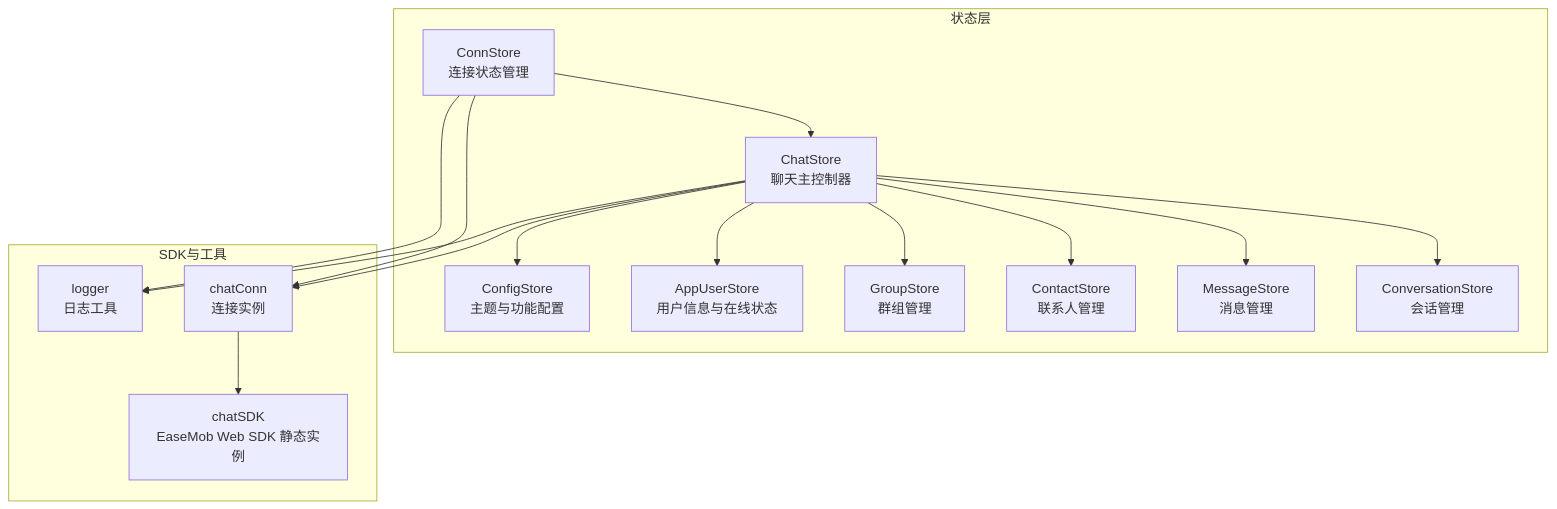
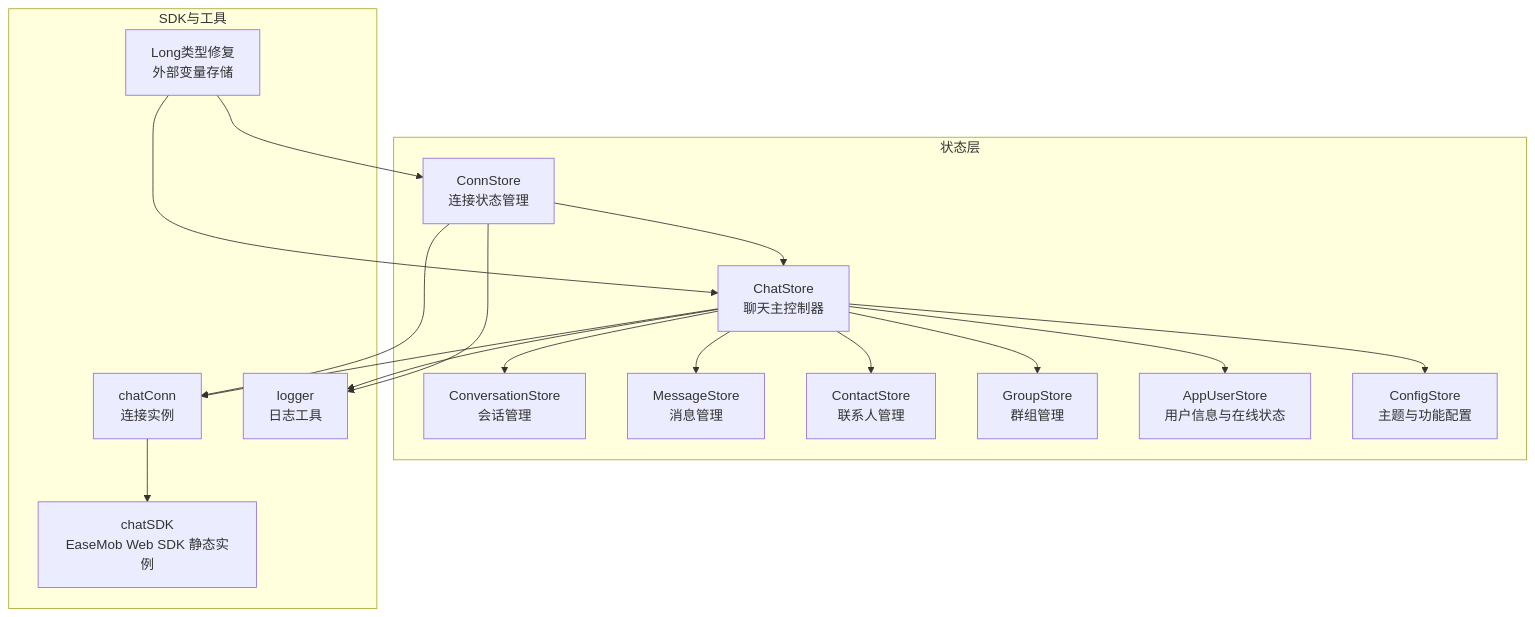
The first of 8 diagrams in .qoder/repowiki/zh/content/核心架构/Store状态管理系统架构/连接状态管理.md (Easemob-Community/easemob-uikit-uniapp-community), drawn with Mermaid before and after one commit. The commit also changed other lines of this file and 10 other files, not shown here.

````diff
--- a/.qoder/repowiki/zh/content/核心架构/Store状态管理系统架构/连接状态管理.md
+++ b/.qoder/repowiki/zh/content/核心架构/Store状态管理系统架构/连接状态管理.md
@@ -49,30 +50,33 @@
 ```mermaid
 graph TB
 subgraph "状态层"
 ConnStore["ConnStore<br/>连接状态管理"]
 ChatStore["ChatStore<br/>聊天主控制器"]
 ConvStore["ConversationStore<br/>会话管理"]
 MsgStore["MessageStore<br/>消息管理"]
 ContactStore["ContactStore<br/>联系人管理"]
 GroupStore["GroupStore<br/>群组管理"]
 AppUserStore["AppUserStore<br/>用户信息与在线状态"]
 ConfigStore["ConfigStore<br/>主题与功能配置"]
 end
 subgraph "SDK与工具"
 chatSDK["chatSDK<br/>EaseMob Web SDK 静态实例"]
 chatConn["chatConn<br/>连接实例"]
 Logger["logger<br/>日志工具"]
+LongTypeFix["Long类型修复<br/>外部变量存储"]
 end
 ConnStore --> ChatStore
 ChatStore --> ConvStore
 ChatStore --> MsgStore
 ChatStore --> ContactStore
 ChatStore --> GroupStore
 ChatStore --> AppUserStore
 ChatStore --> ConfigStore
 ConnStore --> chatConn
 ChatStore --> chatConn
 chatConn --> chatSDK
 ChatStore --> Logger
 ConnStore --> Logger
+LongTypeFix --> ConnStore
+LongTypeFix --> ChatStore
 ```
````
